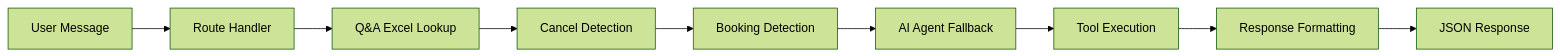
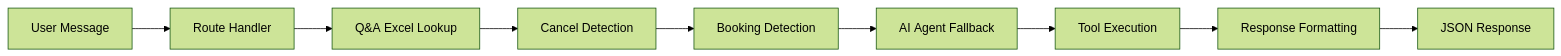
One commit to chaitanyasaiyerra/Musuem-chatbot changed the second of 5 diagrams in TECHNICAL_GUIDE.md. Above: the diagram before and after it, drawn with Mermaid (forest theme). The commit also changed other lines of this file and 1 other file, not shown here.

Commit message:
docs: replace spaces with nbsp in mermaid diagrams to force single-line rendering

````diff
--- a/TECHNICAL_GUIDE.md
+++ b/TECHNICAL_GUIDE.md
@@ -197,11 +197,11 @@
 ```mermaid
 graph LR
-    A["User Message"] --> B["Route Handler"]
-    B --> C["Q&A Excel Lookup"]
-    C --> D["Cancel Detection"]
-    D --> E["Booking Detection"]
-    E --> F["AI Agent Fallback"]
-    F --> G["Tool Execution"]
-    G --> H["Response Formatting"]
-    H --> I["JSON Response"]
+    A["User&nbsp;Message"] --> B["Route&nbsp;Handler"]
+    B --> C["Q&A&nbsp;Excel&nbsp;Lookup"]
+    C --> D["Cancel&nbsp;Detection"]
+    D --> E["Booking&nbsp;Detection"]
+    E --> F["AI&nbsp;Agent&nbsp;Fallback"]
+    F --> G["Tool&nbsp;Execution"]
+    G --> H["Response&nbsp;Formatting"]
+    H --> I["JSON&nbsp;Response"]
 ```
````
